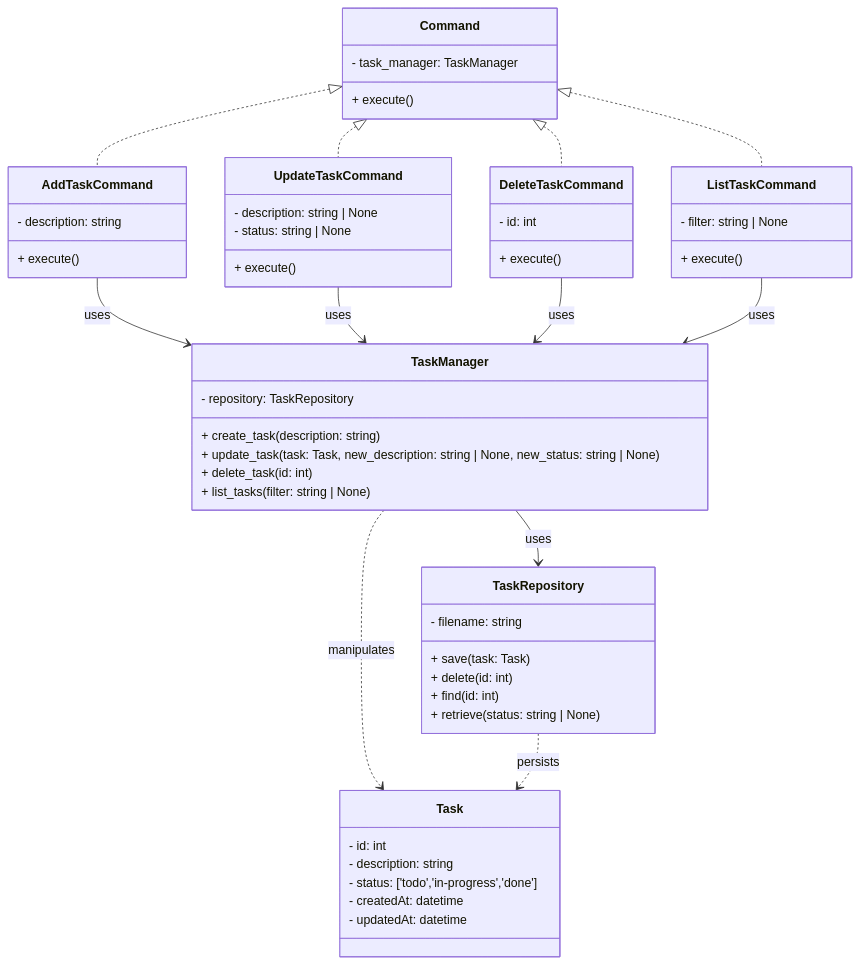
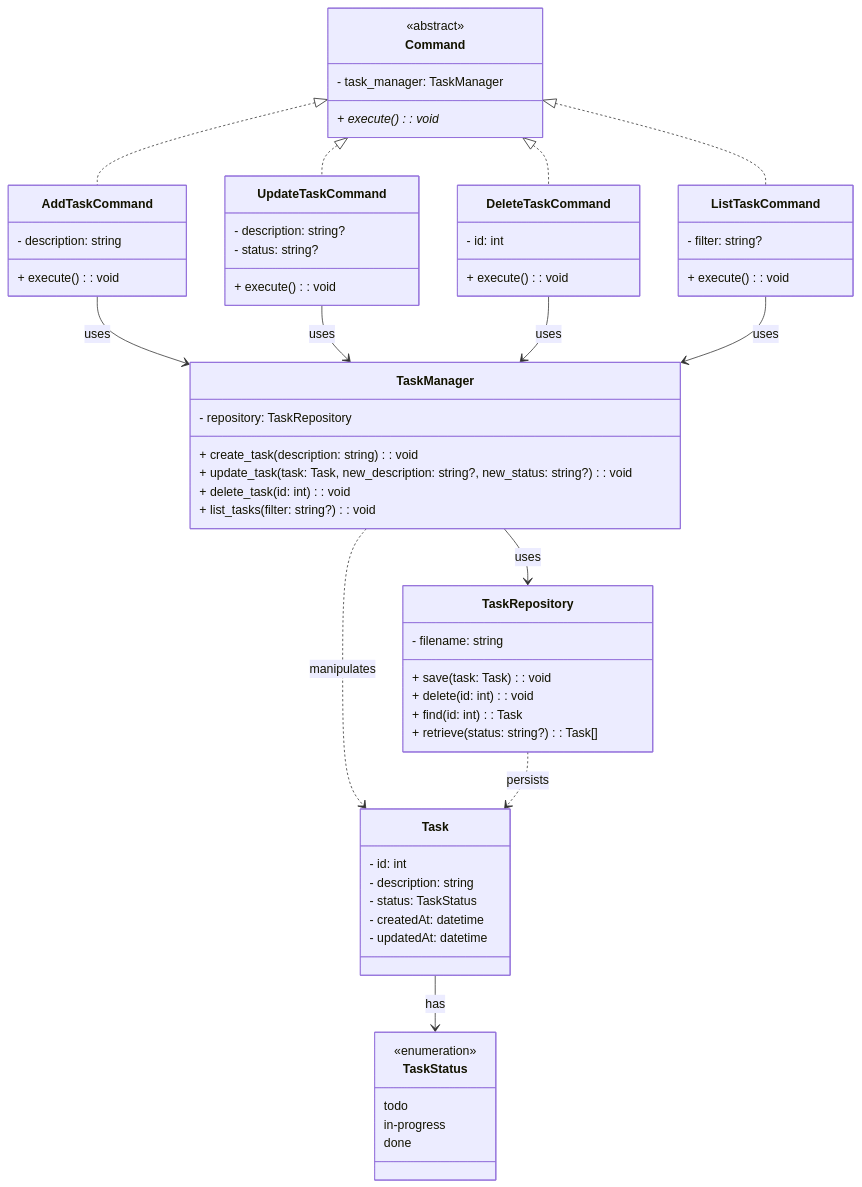
Before and after one commit to AlecYalcin/task-tracker-cli: the diagram in docs/5. data-model.md, drawn with Mermaid. The commit also changed 3 other files, not shown here.

Commit message:
docs: minor changes in text, architechture labels, and major change to data model to follow mermaid UML standart

````diff
--- a/docs/5. data-model.md
+++ b/docs/5. data-model.md
@@ -3,66 +3,75 @@
 ```mermaid
 classDiagram
+    class TaskStatus {
+      <<enumeration>>
+      todo
+      in-progress
+      done
+    }
+
     class Task {
         - id: int
         - description: string
-        - status: ['todo','in-progress','done']
+        - status: TaskStatus
         - createdAt: datetime
         - updatedAt: datetime
     }
 
     class TaskManager {
         - repository: TaskRepository
-        + create_task(description: string)
-        + update_task(task: Task, new_description: string | None, new_status: string | None)
-        + delete_task(id: int)
-        + list_tasks(filter: string | None)
+        + create_task(description: string): void
+        + update_task(task: Task, new_description: string?, new_status: string?): void
+        + delete_task(id: int): void
+        + list_tasks(filter: string?): void
     }
 
     class TaskRepository {
         - filename: string
-        + save(task: Task)
-        + delete(id: int)
-        + find(id: int)
-        + retrieve(status: string | None)
+        + save(task: Task): void
+        + delete(id: int): void
+        + find(id: int): Task
+        + retrieve(status: string?): Task[]
     }
 
     class Command {
+        <<abstract>>
         - task_manager: TaskManager
-        + execute()
+        + execute(): void*
     }
 
     class AddTaskCommand {
         - description: string
-        + execute()
+        + execute(): void
     }
 
     class UpdateTaskCommand {
-        - description: string | None
-        - status: string | None
-        + execute()
+        - description: string?
+        - status: string?
+        + execute(): void
     }
     
     class DeleteTaskCommand {
         - id: int
-        + execute()
+        + execute(): void
     }
 
     class ListTaskCommand {
-        - filter: string | None
-        + execute()
+        - filter: string?
+        + execute(): void
     } 
 
+    Task --> TaskStatus : has
     TaskManager --> TaskRepository : uses
     TaskManager ..> Task : manipulates
     TaskRepository ..> Task : persists
     
     Command <|.. AddTaskCommand
     Command <|.. UpdateTaskCommand
     Command <|.. DeleteTaskCommand
     Command <|.. ListTaskCommand
 
     AddTaskCommand --> TaskManager : uses
     UpdateTaskCommand --> TaskManager : uses
     DeleteTaskCommand --> TaskManager : uses
     ListTaskCommand --> TaskManager : uses
 ```
````
